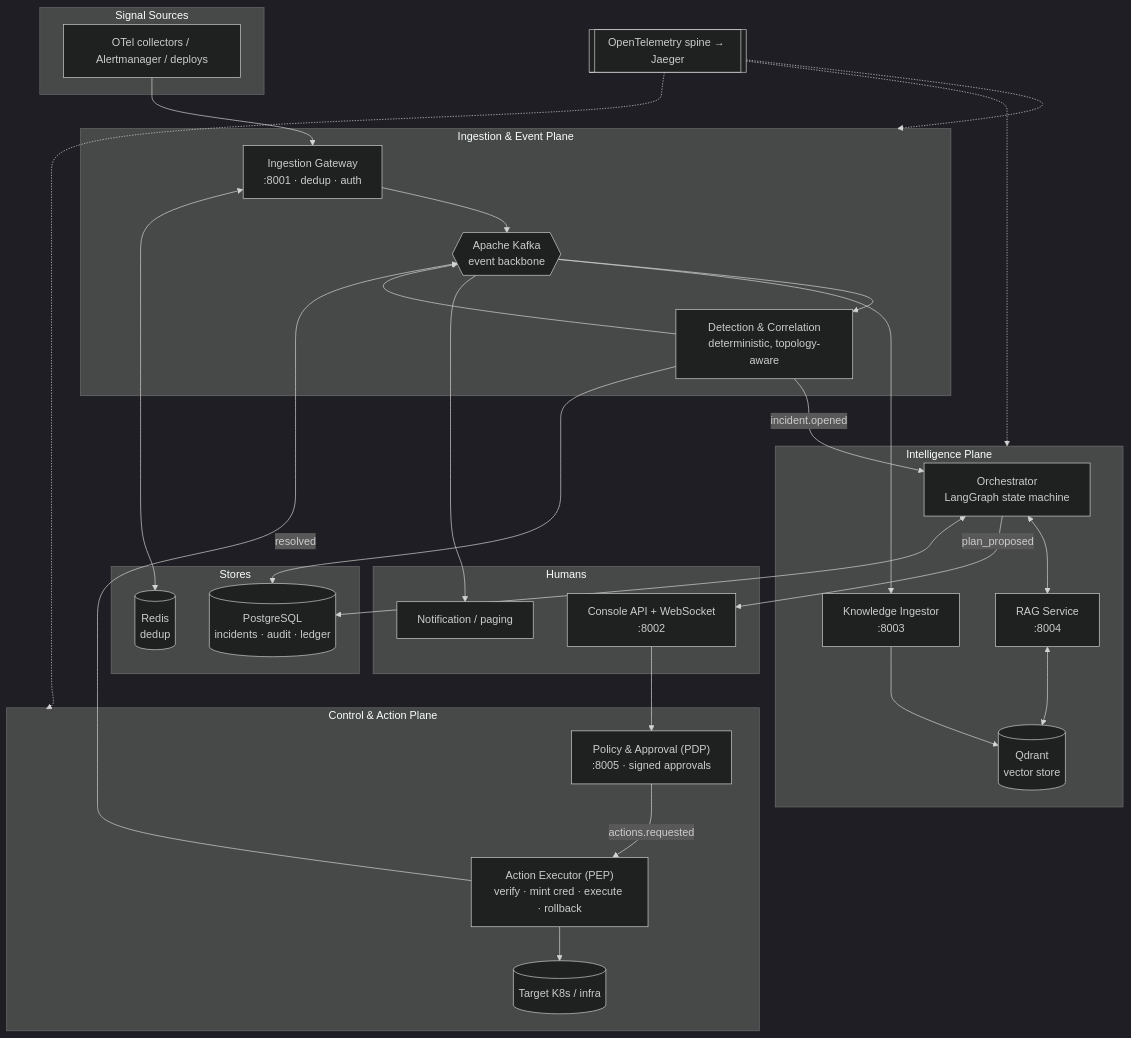
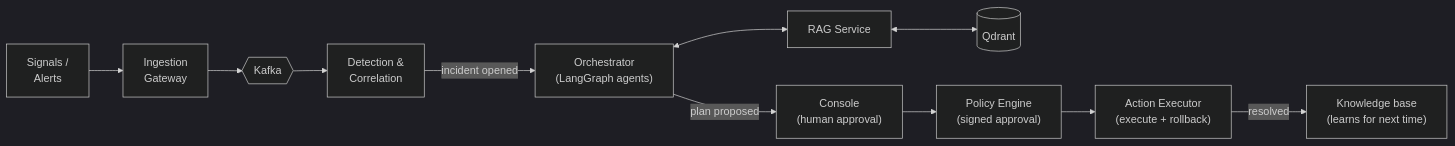
Before and after one commit to sharma-priyansh/Aegis-Project: the diagram in README.md, drawn with Mermaid (dark theme). The commit also changed other lines of this file and 1 other file, not shown here.

````diff
--- a/README.md
+++ b/README.md
@@ -94,47 +29,12 @@
 ```mermaid
-flowchart TB
-    subgraph Sources["Signal Sources"]
-        OTEL["OTel collectors / Alertmanager / deploys"]
-    end
-
-    subgraph Ingest["Ingestion & Event Plane"]
-        GW["Ingestion Gateway<br/>:8001 · dedup · auth"]
-        K{{"Apache Kafka<br/>event backbone"}}
-        DET["Detection & Correlation<br/>deterministic, topology-aware"]
-    end
-
-    subgraph Intel["Intelligence Plane"]
-        ORCH["Orchestrator<br/>LangGraph state machine"]
-        RAG["RAG Service<br/>:8004"]
-        VDB[("Qdrant<br/>vector store")]
-        KN["Knowledge Ingestor<br/>:8003"]
-    end
-
-    subgraph Control["Control & Action Plane"]
-        PDP["Policy & Approval (PDP)<br/>:8005 · signed approvals"]
-        PEP["Action Executor (PEP)<br/>verify · mint cred · execute · rollback"]
-        TARGET[("Target K8s / infra")]
-    end
-
-    subgraph State["Stores"]
-        PG[("PostgreSQL<br/>incidents · audit · ledger")]
-        RD[("Redis<br/>dedup")]
-    end
-
-    subgraph UX["Humans"]
-        CON["Console API + WebSocket<br/>:8002"]
-        NOTIF["Notification / paging"]
-    end
-
-    OTEL --> GW --> K --> DET --> K
-    DET -->|incident.opened| ORCH
-    ORCH <--> RAG <--> VDB
-    ORCH -->|plan_proposed| CON
-    CON --> PDP -->|actions.requested| PEP --> TARGET
-    PEP -->|resolved| K --> KN --> VDB
-    DET --> PG
-    ORCH <--> PG
-    GW <--> RD
-    K --> NOTIF
-    OBS[["OpenTelemetry spine → Jaeger"]] -.-> Ingest & Intel & Control
+flowchart LR
+    A["Signals /<br/>Alerts"] --> B["Ingestion<br/>Gateway"]
+    B --> C{{"Kafka"}}
+    C --> D["Detection &<br/>Correlation"]
+    D -->|incident opened| E["Orchestrator<br/>(LangGraph agents)"]
+    E <--> F["RAG Service"] <--> G[("Qdrant")]
+    E -->|plan proposed| H["Console<br/>(human approval)"]
+    H --> I["Policy Engine<br/>(signed approval)"]
+    I --> J["Action Executor<br/>(execute + rollback)"]
+    J -->|resolved| K["Knowledge base<br/>(learns for next time)"]
 ```
````
